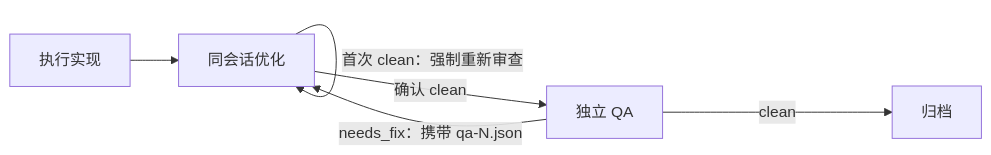
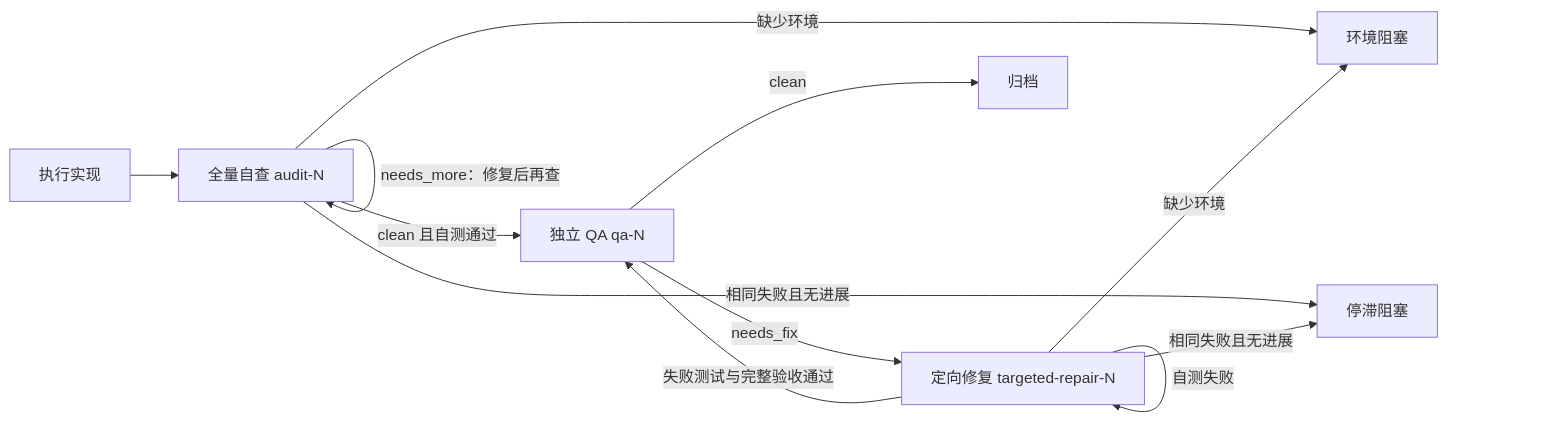
One commit to xbugs221/oz changed the fourth of 4 diagrams in README.md. Above: the diagram before and after it, drawn with Mermaid. The commit also changed other lines of this file and 84 other files, not shown here.

````diff
--- a/README.md
+++ b/README.md
@@ -117,9 +117,14 @@
 ```mermaid
 flowchart LR
-    E["执行实现"] --> R["同会话优化"]
-    R -->|"needs_more"| R
-    R -->|"首次 clean：强制重新审查"| R
-    R -->|"确认 clean"| Q["独立 QA"]
-    Q -->|"needs_fix：携带 qa-N.json"| R
+    E["执行实现"] --> U["全量自查 audit-N"]
+    U -->|"needs_more：修复后再查"| U
+    U -->|"clean 且自测通过"| Q["独立 QA qa-N"]
+    Q -->|"needs_fix"| T["定向修复 targeted-repair-N"]
+    T -->|"失败测试与完整验收通过"| Q
+    T -->|"自测失败"| T
     Q -->|"clean"| A["归档"]
+    U -->|"缺少环境"| BE["环境阻塞"]
+    T -->|"缺少环境"| BE
+    U -->|"相同失败且无进展"| BS["停滞阻塞"]
+    T -->|"相同失败且无进展"| BS
 ```
````
